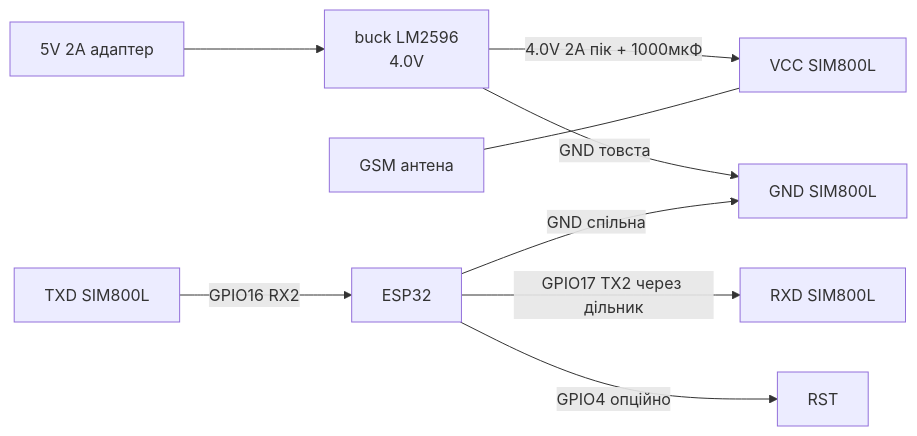
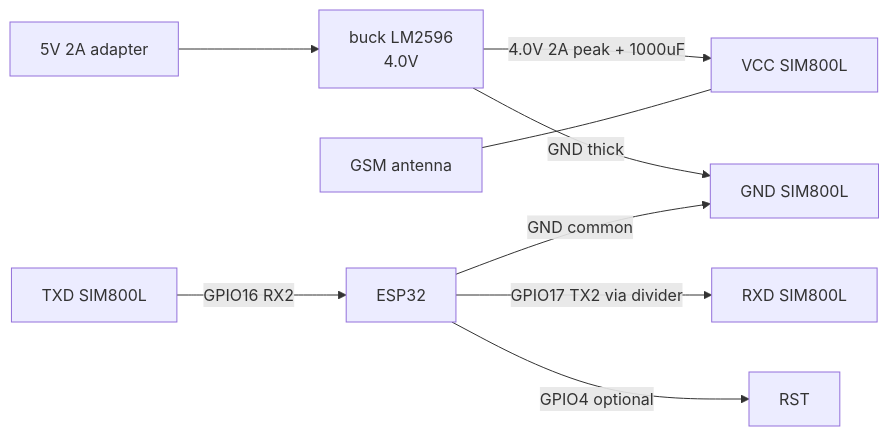
The first of 5 diagrams in obsidian_vault/ESP32-Reference/EN/12-Comm-Modules/03-SIM800L-GPS.en.md (ksalab/embedded-reference), drawn with Mermaid before and after one commit. The commit also changed other lines of this file and 76 other files, not shown here.

````diff
--- a/obsidian_vault/ESP32-Reference/EN/12-Comm-Modules/03-SIM800L-GPS.en.md
+++ b/obsidian_vault/ESP32-Reference/EN/12-Comm-Modules/03-SIM800L-GPS.en.md
@@ -90,11 +90,11 @@
 ```mermaid
 graph LR
-    AD[5V 2A адаптер] --> BUCK[buck LM2596<br/>4.0V]
-    BUCK -->|4.0V 2A пік + 1000мкФ| VCC[VCC SIM800L]
-    BUCK -->|GND товста| GNDM[GND SIM800L]
-    ESP32[ESP32] -->|GND спільна| GNDM
+    AD[5V 2A adapter] --> BUCK[buck LM2596<br/>4.0V]
+    BUCK -->|4.0V 2A peak + 1000uF| VCC[VCC SIM800L]
+    BUCK -->|GND thick| GNDM[GND SIM800L]
+    ESP32[ESP32] -->|GND common| GNDM
     TXD[TXD SIM800L] -->|GPIO16 RX2| ESP32
-    ESP32 -->|GPIO17 TX2 через дільник| RXD[RXD SIM800L]
-    ESP32 -->|GPIO4 опційно| RST[RST]
-    ANT[GSM антена] --- VCC
+    ESP32 -->|GPIO17 TX2 via divider| RXD[RXD SIM800L]
+    ESP32 -->|GPIO4 optional| RST[RST]
+    ANT[GSM antenna] --- VCC
 ```
````
